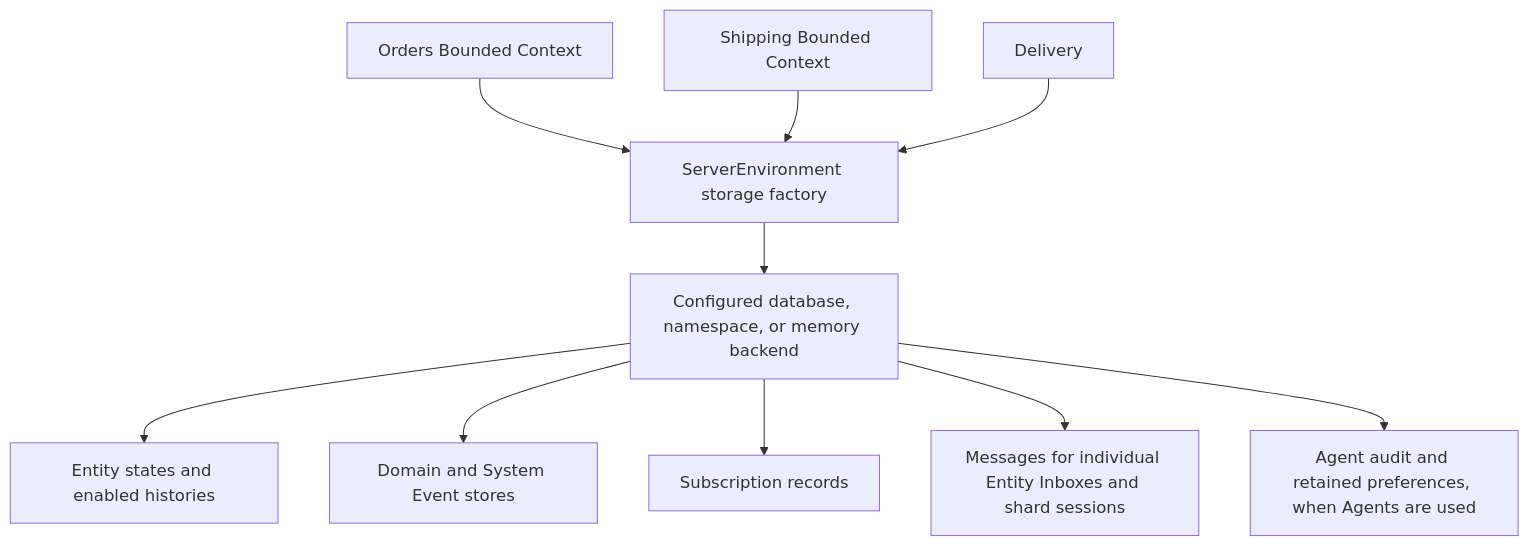
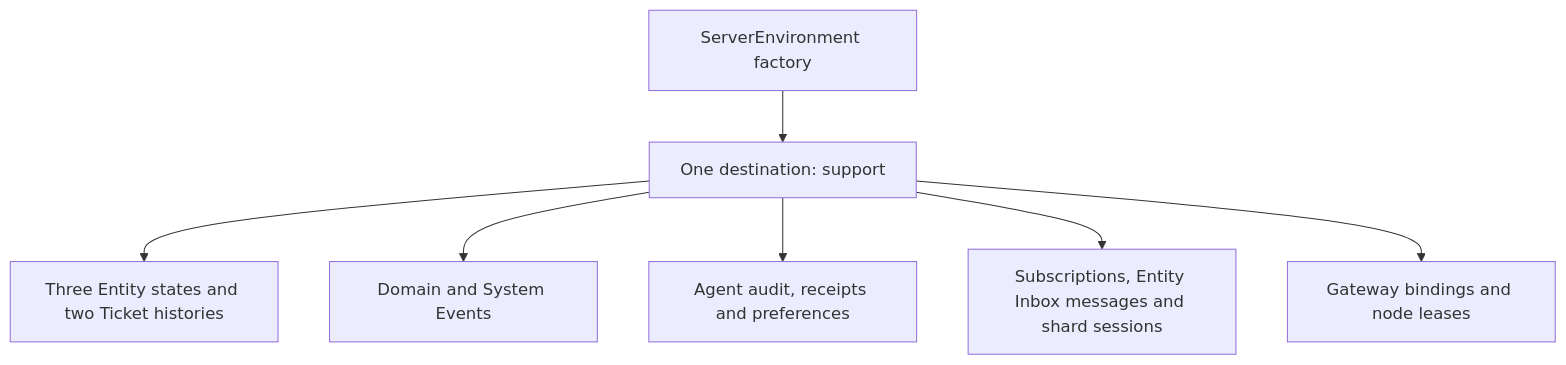
The first of 4 diagrams in docs/STORAGE_LAYOUT.md (SpineEventEngine/spine-ts), drawn with Mermaid before and after one commit. The commit also changed other lines of this file and 2 other files, not shown here.

Commit message:
Explain storage layouts separately for both tenancy modes

````diff
--- a/docs/STORAGE_LAYOUT.md
+++ b/docs/STORAGE_LAYOUT.md
@@ -82,13 +109,9 @@
 ```mermaid
 flowchart TD
-    Environment[ServerEnvironment storage factory]
-    Orders[Orders Bounded Context] --> Environment
-    Shipping[Shipping Bounded Context] --> Environment
-    Delivery[Delivery] --> Environment
-    Environment --> Destination[Configured database, namespace, or memory backend]
-    Destination --> States[Entity states and enabled histories]
-    Destination --> Events[Domain and System Event stores]
-    Destination --> Subscriptions[Subscription records]
-    Destination --> Inboxes[Messages for individual Entity Inboxes and shard sessions]
-    Destination --> Agents[Agent audit and retained preferences, when Agents are used]
+  E[ServerEnvironment factory] --> D[One destination: support]
+  D --> S[Three Entity states and two Ticket histories]
+  D --> V[Domain and System Events]
+  D --> A[Agent audit, receipts and preferences]
+  D --> F[Subscriptions, Entity Inbox messages and shard sessions]
+  D --> G[Gateway bindings and node leases]
 ```
````
